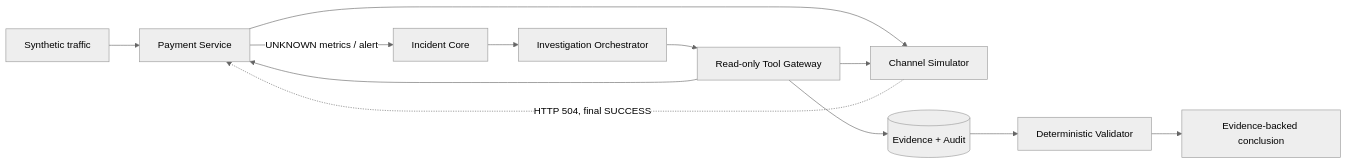
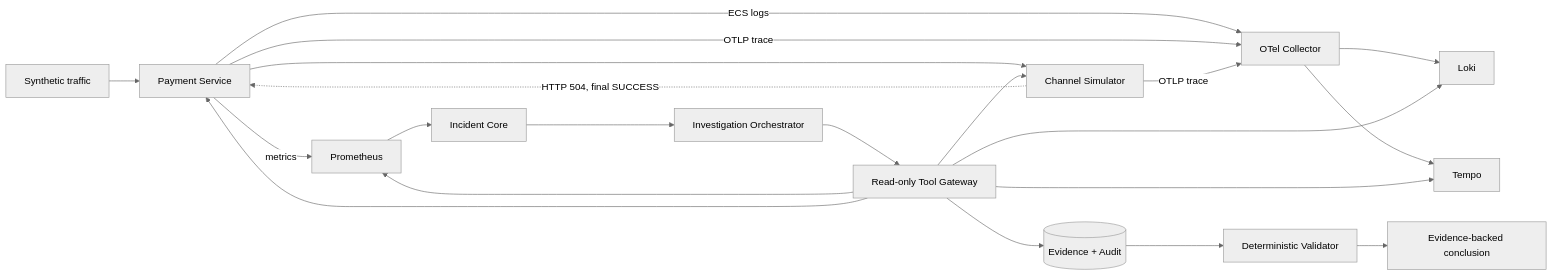
The diagram in README.md (PolataMai/pay-sre-lab), drawn with Mermaid (neutral theme) before and after one commit. The commit also changed other lines of this file and 17 other files, not shown here.

````diff
--- a/README.md
+++ b/README.md
@@ -19,14 +20,22 @@
 ```mermaid
 flowchart LR
     T["Synthetic traffic"] --> P["Payment Service"]
     P --> C["Channel Simulator"]
     C -. "HTTP 504, final SUCCESS" .-> P
-    P -->|"UNKNOWN metrics / alert"| I["Incident Core"]
+    P -->|"metrics"| M["Prometheus"]
+    P -->|"ECS logs"| OTel["OTel Collector"]
+    P -->|"OTLP trace"| OTel
+    C -->|"OTLP trace"| OTel
+    OTel --> L["Loki"]
+    OTel --> X["Tempo"]
+    M --> I["Incident Core"]
     I --> O["Investigation Orchestrator"]
     O --> G["Read-only Tool Gateway"]
-    G --> P
-    G --> C
+    G --> M
+    G --> L
+    G --> X
+    G --> P & C
     G --> E[("Evidence + Audit")]
     E --> V["Deterministic Validator"]
     V --> R["Evidence-backed conclusion"]
 ```
````
